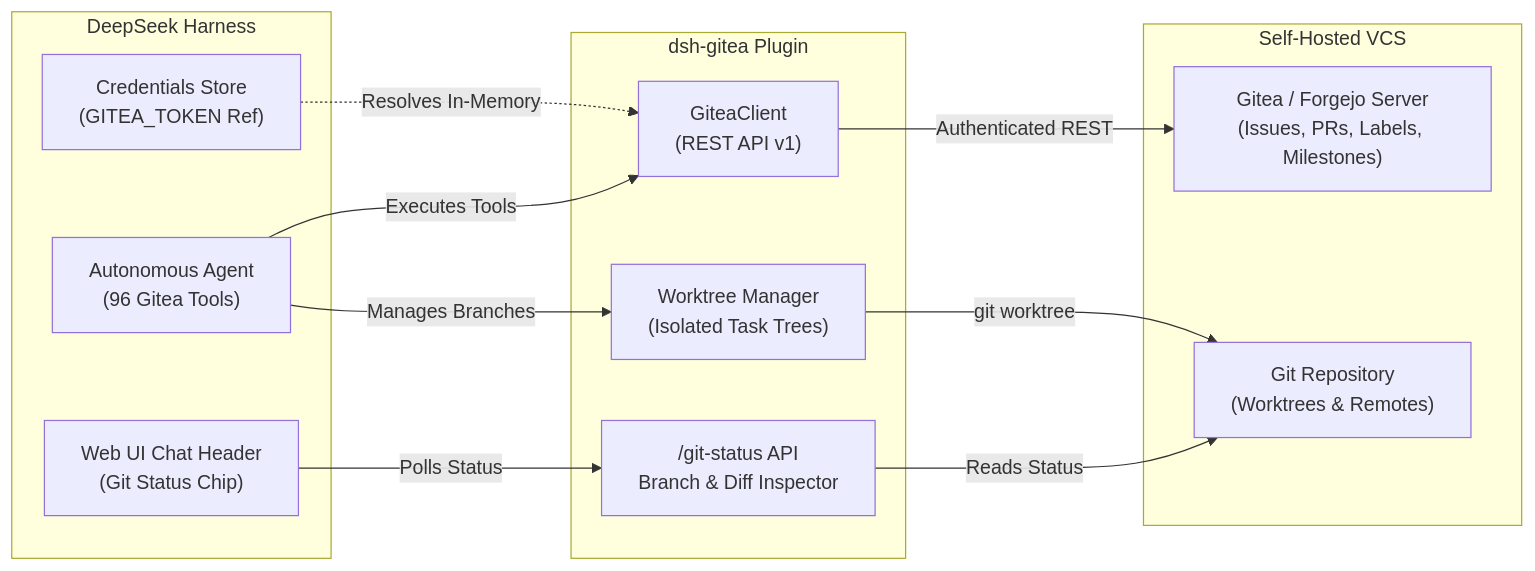
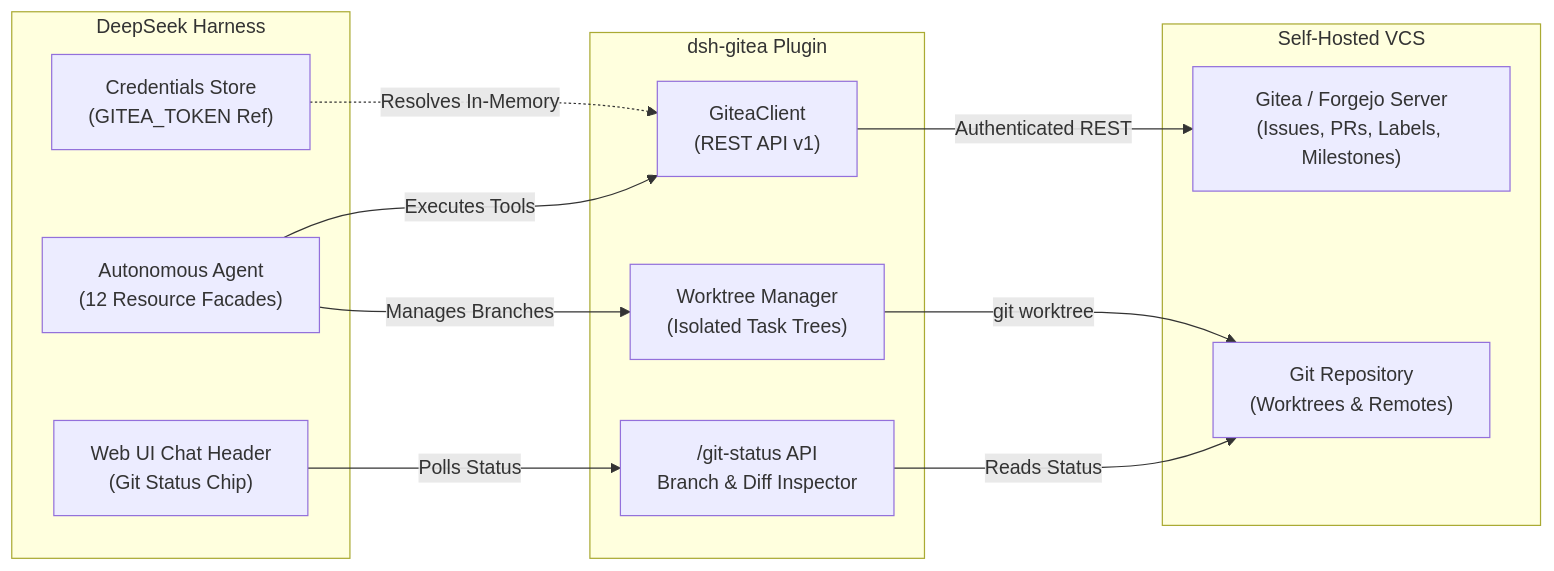
One commit to GooDAnDReaDY/dsh-gitea changed the diagram in README.md. Above: the diagram before and after it, drawn with Mermaid. The commit also changed other lines of this file and 11 other files, not shown here.

````diff
--- a/README.md
+++ b/README.md
@@ -48,27 +48,27 @@
 ```mermaid
 graph LR
     subgraph DSH ["DeepSeek Harness"]
         UI["Web UI Chat Header<br/>(Git Status Chip)"]
-        Agent["Autonomous Agent<br/>(96 Gitea Tools)"]
+        Agent["Autonomous Agent<br/>(12 Resource Facades)"]
         Creds["Credentials Store<br/>(GITEA_TOKEN Ref)"]
     end
 
     subgraph Plugin ["dsh-gitea Plugin"]
         ChipPoller["/git-status API<br/>Branch & Diff Inspector"]
         Client["GiteaClient<br/>(REST API v1)"]
         WorktreeMgr["Worktree Manager<br/>(Isolated Task Trees)"]
     end
 
     subgraph Server ["Self-Hosted VCS"]
         Gitea["Gitea / Forgejo Server<br/>(Issues, PRs, Labels, Milestones)"]
         GitRepo["Git Repository<br/>(Worktrees & Remotes)"]
     end
 
     UI -->|Polls Status| ChipPoller
     ChipPoller -->|Reads Status| GitRepo
     Agent -->|Executes Tools| Client
     Agent -->|Manages Branches| WorktreeMgr
     WorktreeMgr -->|git worktree| GitRepo
     Client -->|Authenticated REST| Gitea
     Creds -.->|Resolves In-Memory| Client
 ```
````
